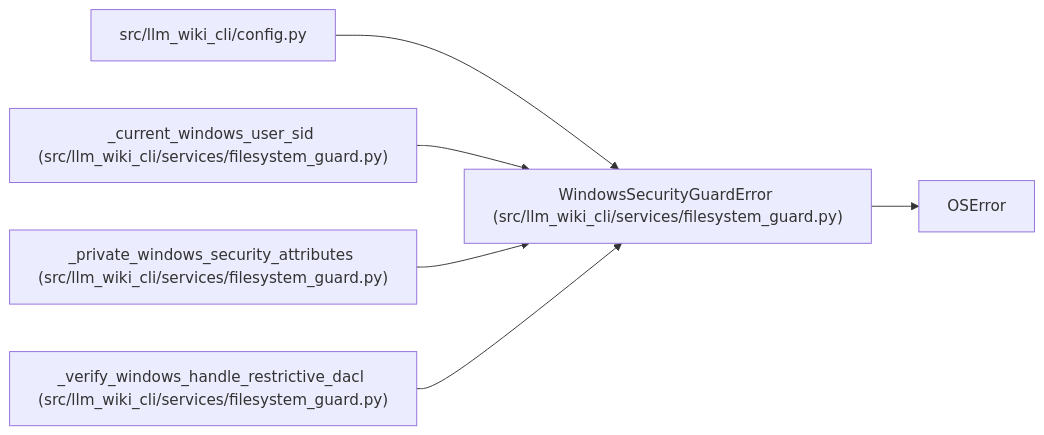
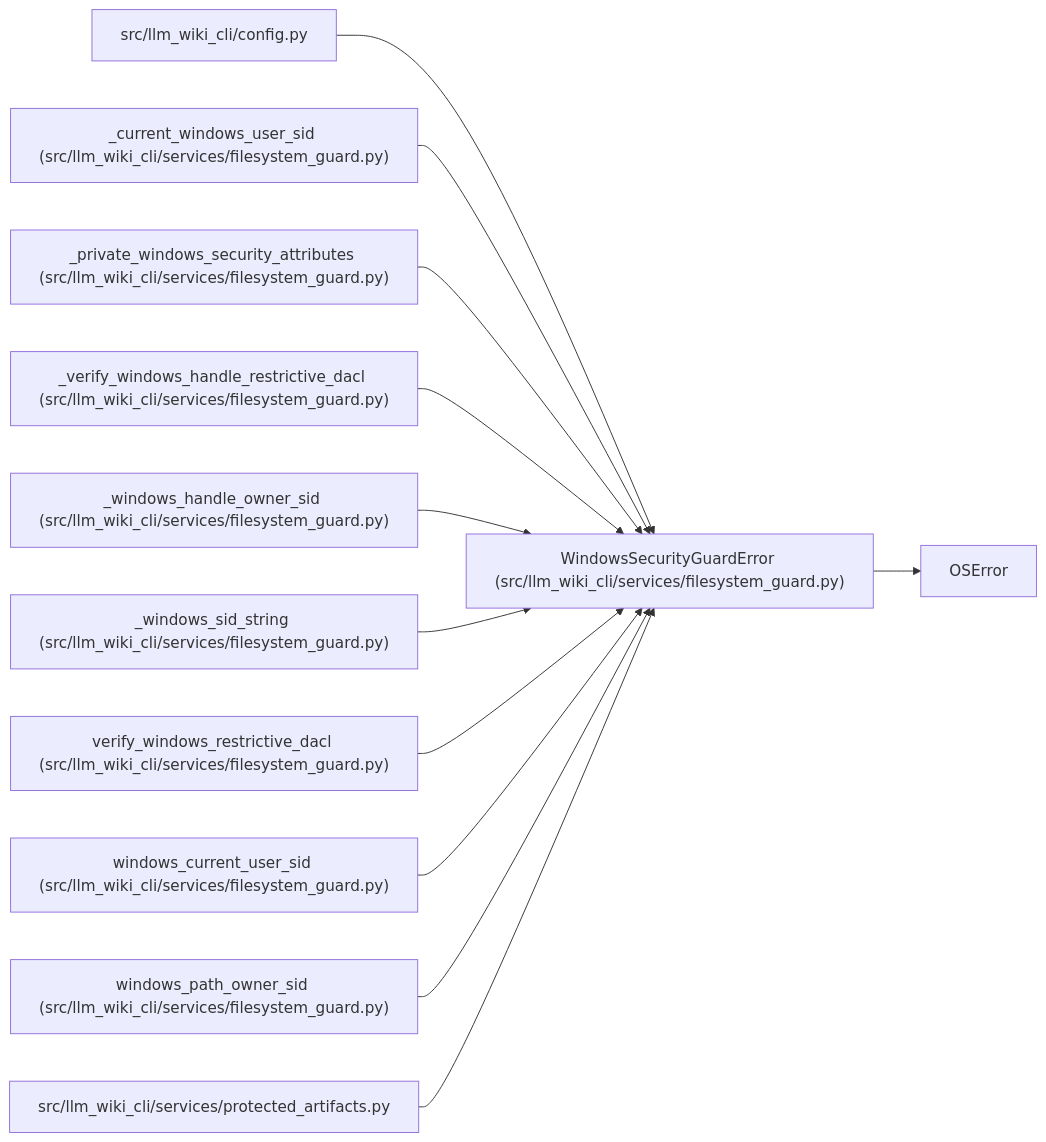
The diagram in docs/llm_wiki/entities/WindowsSecurityGuardError.md (Denissvgn/python-wiki-llm), drawn with Mermaid before and after one commit. The commit also changed other lines of this file and 493 other files, not shown here.

````diff
--- a/docs/llm_wiki/entities/WindowsSecurityGuardError.md
+++ b/docs/llm_wiki/entities/WindowsSecurityGuardError.md
@@ -23,19 +23,37 @@
 ```mermaid
 flowchart LR
     n0["WindowsSecurityGuardError (src/llm_wiki_cli/services/filesystem_guard.py)"]
     n1["OSError"]
     n2["src/llm_wiki_cli/config.py"]
     n3["_current_windows_user_sid (src/llm_wiki_cli/services/filesystem_guard.py)"]
     n4["_private_windows_security_attributes (src/llm_wiki_cli/services/filesystem_guard.py)"]
     n5["_verify_windows_handle_restrictive_dacl (src/llm_wiki_cli/services/filesystem_guard.py)"]
+    n6["_windows_handle_owner_sid (src/llm_wiki_cli/services/filesystem_guard.py)"]
+    n7["_windows_sid_string (src/llm_wiki_cli/services/filesystem_guard.py)"]
+    n8["verify_windows_restrictive_dacl (src/llm_wiki_cli/services/filesystem_guard.py)"]
+    n9["windows_current_user_sid (src/llm_wiki_cli/services/filesystem_guard.py)"]
+    n10["windows_path_owner_sid (src/llm_wiki_cli/services/filesystem_guard.py)"]
+    n11["src/llm_wiki_cli/services/protected_artifacts.py"]
     n0 --> n1
     n2 --> n0
     n3 --> n0
     n4 --> n0
     n5 --> n0
+    n6 --> n0
+    n7 --> n0
+    n8 --> n0
+    n9 --> n0
+    n10 --> n0
+    n11 --> n0
     click n0 "../modules/filesystem_guard.md"
     click n2 "../modules/config.md"
     click n3 "../modules/filesystem_guard.md"
     click n4 "../modules/filesystem_guard.md"
     click n5 "../modules/filesystem_guard.md"
+    click n6 "../modules/filesystem_guard.md"
+    click n7 "../modules/filesystem_guard.md"
+    click n8 "../modules/filesystem_guard.md"
+    click n9 "../modules/filesystem_guard.md"
+    click n10 "../modules/filesystem_guard.md"
+    click n11 "../modules/protected_artifacts.md"
 ```
````
